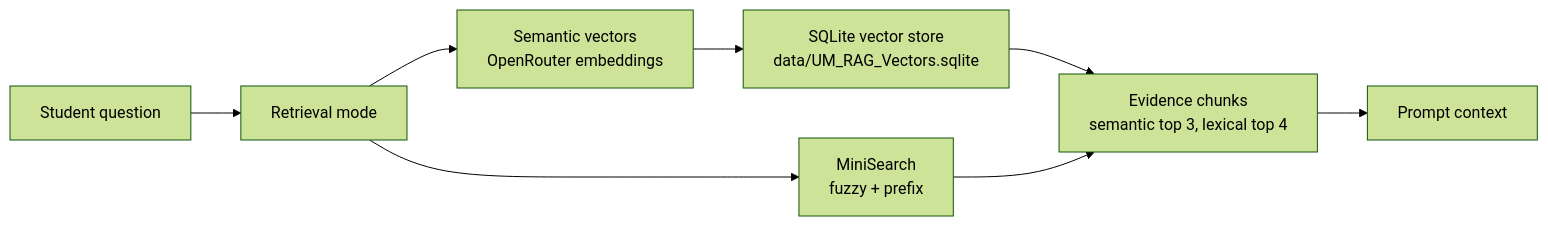
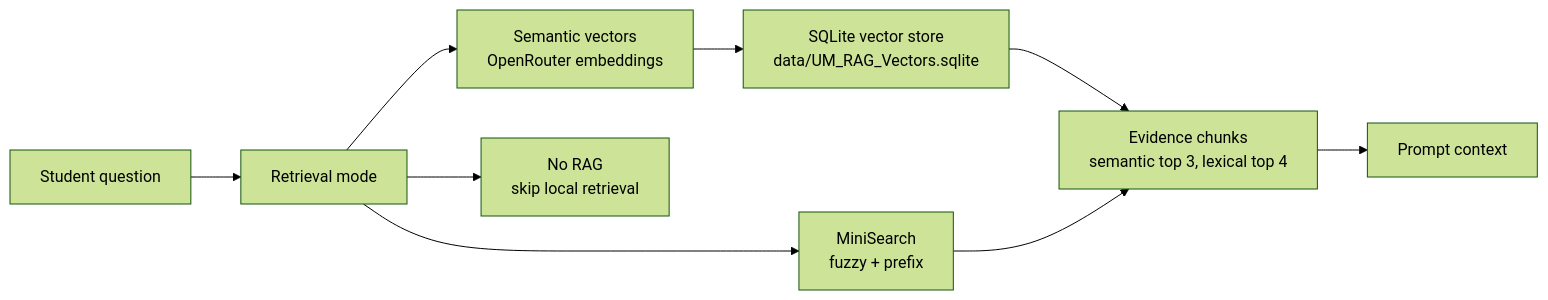
The diagram in docs/rag.md (nfdlh/tensor-talk), drawn with Mermaid (forest theme) before and after one commit. The commit also changed other lines of this file and 2 other files, not shown here.

````diff
--- a/docs/rag.md
+++ b/docs/rag.md
@@ -10,15 +11,17 @@
 ```mermaid
 flowchart LR
   Question["Student question"]
   Mode["Retrieval mode"]
   Semantic["Semantic vectors<br/>OpenRouter embeddings"]
   SQLite["SQLite vector store<br/>data/UM_RAG_Vectors.sqlite"]
   Lexical["MiniSearch<br/>fuzzy + prefix"]
+  None["No RAG<br/>skip local retrieval"]
   Evidence["Evidence chunks<br/>semantic top 3, lexical top 4"]
   Prompt["Prompt context"]
 
   Question --> Mode
   Mode --> Semantic --> SQLite --> Evidence
   Mode --> Lexical --> Evidence
+  Mode --> None
   Evidence --> Prompt
 ```
````
